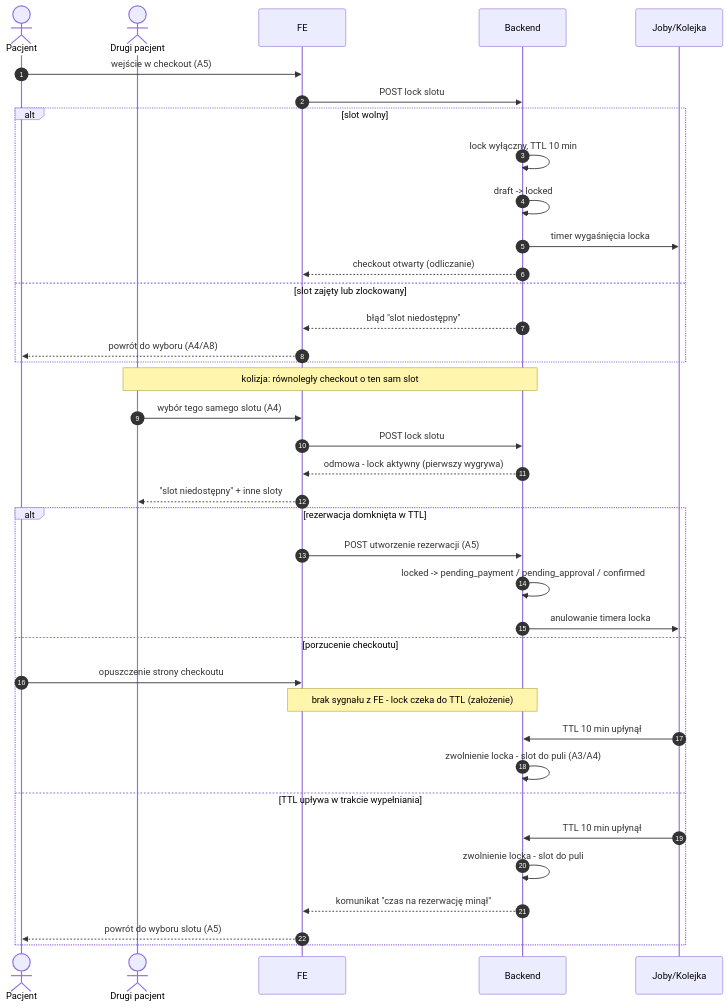
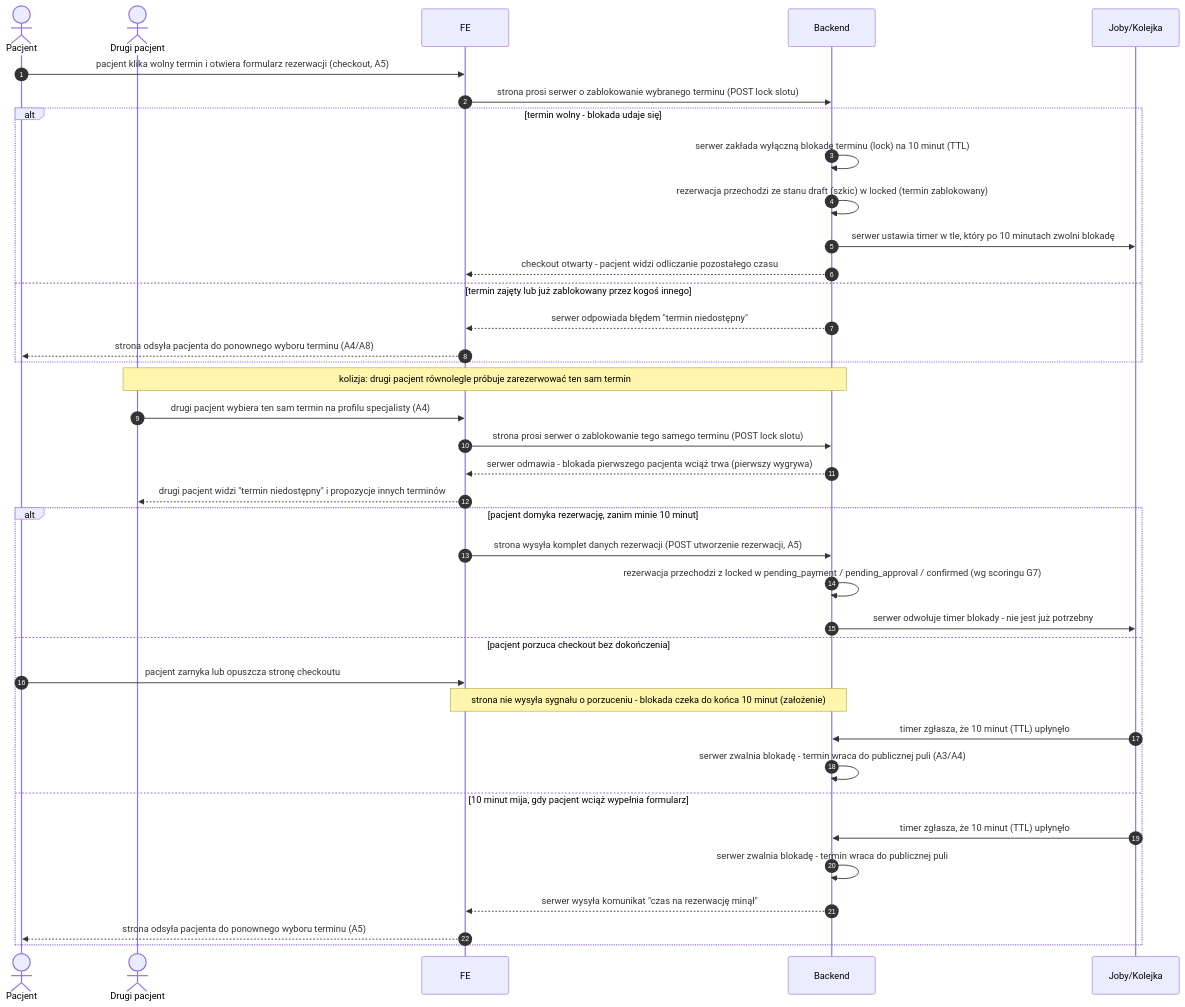
One commit to QooperBoy/medivo_portal changed the diagram in diagrams/g-silniki/g5-slot-lock.md. Above: the diagram before and after it, drawn with Mermaid. The commit also changed other lines of this file and 47 other files, not shown here.

First line of the commit message:
czytelnosc: pelne etykiety + sekcje Aktorzy i Objasnienie blokow (23 diagramy)

````diff
--- a/diagrams/g-silniki/g5-slot-lock.md
+++ b/diagrams/g-silniki/g5-slot-lock.md
@@ -3,43 +3,43 @@
 ```mermaid
 sequenceDiagram
     autonumber
     actor P as Pacjent
     actor P2 as Drugi pacjent
     participant FE as FE
     participant API as Backend
     participant Q as Joby/Kolejka
 
-    P->>FE: wejście w checkout (A5)
-    FE->>API: POST lock slotu
-    alt slot wolny
-        API->>API: lock wyłączny, TTL 10 min
-        API->>API: draft -> locked
-        API->>Q: timer wygaśnięcia locka
-        API-->>FE: checkout otwarty (odliczanie)
-    else slot zajęty lub zlockowany
-        API-->>FE: błąd "slot niedostępny"
-        FE-->>P: powrót do wyboru (A4/A8)
+    P->>FE: pacjent klika wolny termin i otwiera formularz rezerwacji (checkout, A5)
+    FE->>API: strona prosi serwer o zablokowanie wybranego terminu (POST lock slotu)
+    alt termin wolny - blokada udaje się
+        API->>API: serwer zakłada wyłączną blokadę terminu (lock) na 10 minut (TTL)
+        API->>API: rezerwacja przechodzi ze stanu draft (szkic) w locked (termin zablokowany)
+        API->>Q: serwer ustawia timer w tle, który po 10 minutach zwolni blokadę
+        API-->>FE: checkout otwarty - pacjent widzi odliczanie pozostałego czasu
+    else termin zajęty lub już zablokowany przez kogoś innego
+        API-->>FE: serwer odpowiada błędem "termin niedostępny"
+        FE-->>P: strona odsyła pacjenta do ponownego wyboru terminu (A4/A8)
     end
 
-    Note over P2,API: kolizja: równoległy checkout o ten sam slot
-    P2->>FE: wybór tego samego slotu (A4)
-    FE->>API: POST lock slotu
-    API-->>FE: odmowa - lock aktywny (pierwszy wygrywa)
-    FE-->>P2: "slot niedostępny" + inne sloty
+    Note over P2,API: kolizja: drugi pacjent równolegle próbuje zarezerwować ten sam termin
+    P2->>FE: drugi pacjent wybiera ten sam termin na profilu specjalisty (A4)
+    FE->>API: strona prosi serwer o zablokowanie tego samego terminu (POST lock slotu)
+    API-->>FE: serwer odmawia - blokada pierwszego pacjenta wciąż trwa (pierwszy wygrywa)
+    FE-->>P2: drugi pacjent widzi "termin niedostępny" i propozycje innych terminów
 
-    alt rezerwacja domknięta w TTL
-        FE->>API: POST utworzenie rezerwacji (A5)
-        API->>API: locked -> pending_payment / pending_approval / confirmed
-        API->>Q: anulowanie timera locka
-    else porzucenie checkoutu
-        P->>FE: opuszczenie strony checkoutu
-        Note over FE,API: brak sygnału z FE - lock czeka do TTL (założenie)
-        Q->>API: TTL 10 min upłynął
-        API->>API: zwolnienie locka - slot do puli (A3/A4)
-    else TTL upływa w trakcie wypełniania
-        Q->>API: TTL 10 min upłynął
-        API->>API: zwolnienie locka - slot do puli
-        API-->>FE: komunikat "czas na rezerwację minął"
-        FE-->>P: powrót do wyboru slotu (A5)
+    alt pacjent domyka rezerwację, zanim minie 10 minut
+        FE->>API: strona wysyła komplet danych rezerwacji (POST utworzenie rezerwacji, A5)
+        API->>API: rezerwacja przechodzi z locked w pending_payment / pending_approval / confirmed (wg scoringu G7)
+        API->>Q: serwer odwołuje timer blokady - nie jest już potrzebny
+    else pacjent porzuca checkout bez dokończenia
+        P->>FE: pacjent zamyka lub opuszcza stronę checkoutu
+        Note over FE,API: strona nie wysyła sygnału o porzuceniu - blokada czeka do końca 10 minut (założenie)
+        Q->>API: timer zgłasza, że 10 minut (TTL) upłynęło
+        API->>API: serwer zwalnia blokadę - termin wraca do publicznej puli (A3/A4)
+    else 10 minut mija, gdy pacjent wciąż wypełnia formularz
+        Q->>API: timer zgłasza, że 10 minut (TTL) upłynęło
+        API->>API: serwer zwalnia blokadę - termin wraca do publicznej puli
+        API-->>FE: serwer wysyła komunikat "czas na rezerwację minął"
+        FE-->>P: strona odsyła pacjenta do ponownego wyboru terminu (A5)
     end
 ```
````
